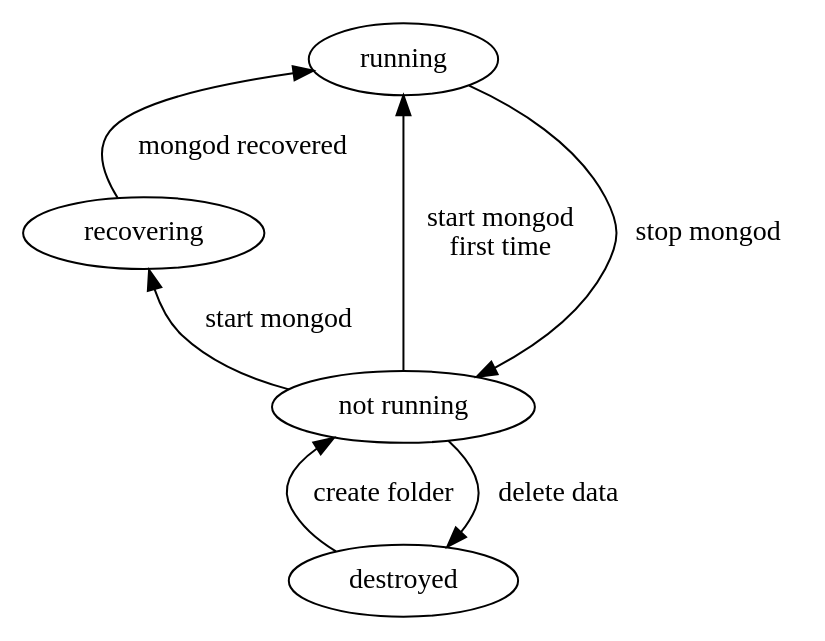
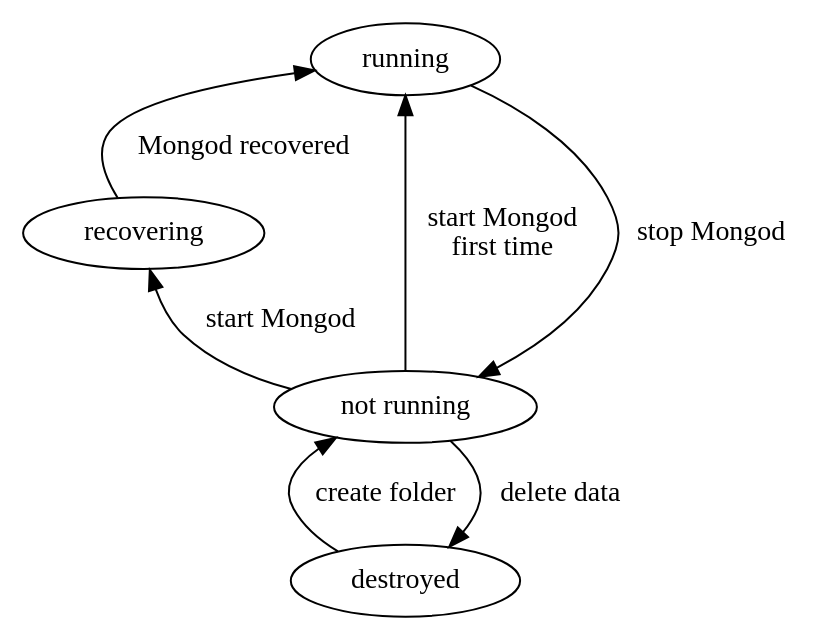
One commit to KIT-MAMID/doc changed the diagram in final_presentation/assets/mongod_states_old.dot. Above: the diagram before and after it, drawn with Graphviz. The commit also changed 1 other file, not shown here.

Commit message:
FIX: mongod states graphs: typos

```diff
--- a/final_presentation/assets/mongod_states_old.dot
+++ b/final_presentation/assets/mongod_states_old.dot
@@ -1,21 +1,21 @@
 digraph mongod_states
 {
 
     rankdir=BT;
 
     d [label="destroyed"];
     nr [label="not running"];
     rec [label="recovering"];
     run [label="running"];
 
     { rank=max; run }
     { rank=min; d }
 
     d -> nr [label="create folder"];
-    nr -> rec [label="start mongod"];
-    rec -> run [label="mongod recovered"];
-    nr -> run [label="start mongod\nfirst time"];
-    run -> nr [label="stop mongod"];
+    nr -> rec [label="start Mongod"];
+    rec -> run [label="Mongod recovered"];
+    nr -> run [label="start Mongod\nfirst time"];
+    run -> nr [label="stop Mongod"];
     nr -> d [label="delete data"];
 
 }
```
